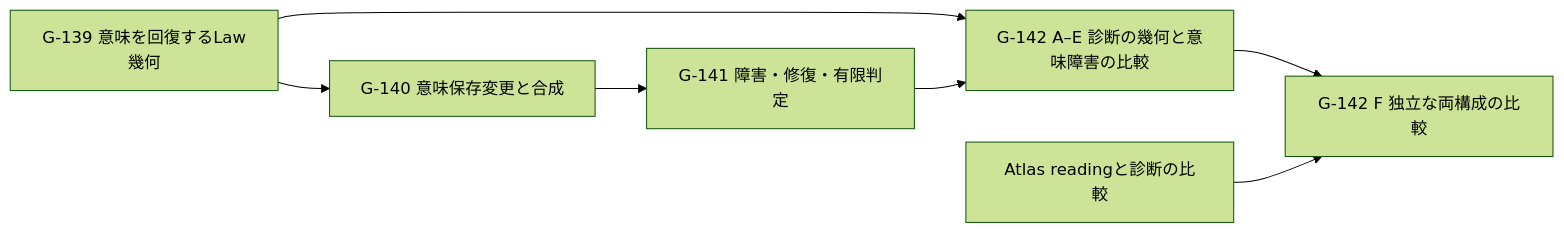
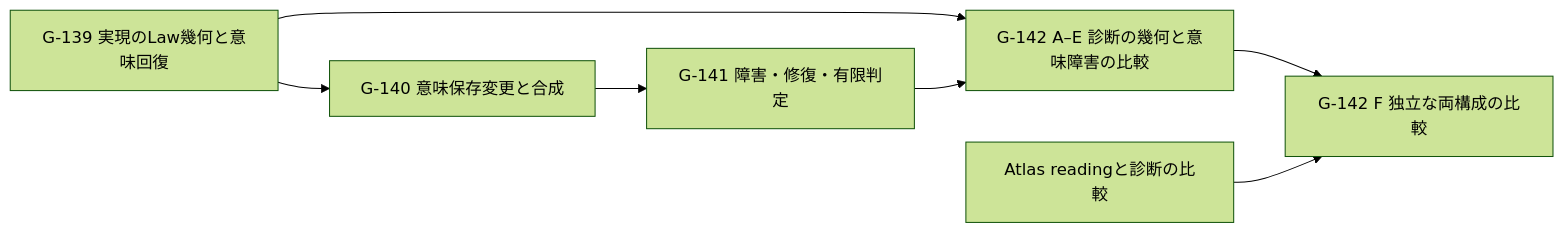
The diagram in docs/note/n1020_shigure_polynomial_specializations.md (iroha1203/AlgebraicArchitectureTheoryV2), drawn with Mermaid (forest theme) before and after one commit. The commit also changed other lines of this file and 6 other files, not shown here.

````diff
--- a/docs/note/n1020_shigure_polynomial_specializations.md
+++ b/docs/note/n1020_shigure_polynomial_specializations.md
@@ -353,9 +356,9 @@
 ```mermaid
 flowchart LR
-  A[G-139 意味を回復するLaw幾何] --> B[G-140 意味保存変更と合成]
+  A[G-139 実現のLaw幾何と意味回復] --> B[G-140 意味保存変更と合成]
   B --> C[G-141 障害・修復・有限判定]
   A --> D[G-142 A–E 診断の幾何と意味障害の比較]
   C --> D
   D --> E[G-142 F 独立な両構成の比較]
   AT[Atlas readingと診断の比較] --> E
 ```
````
